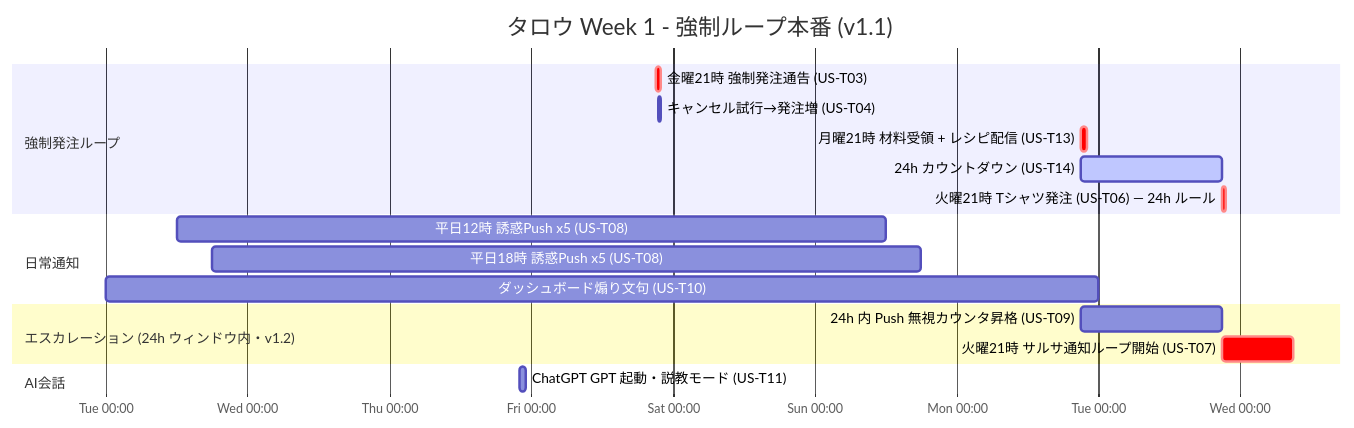
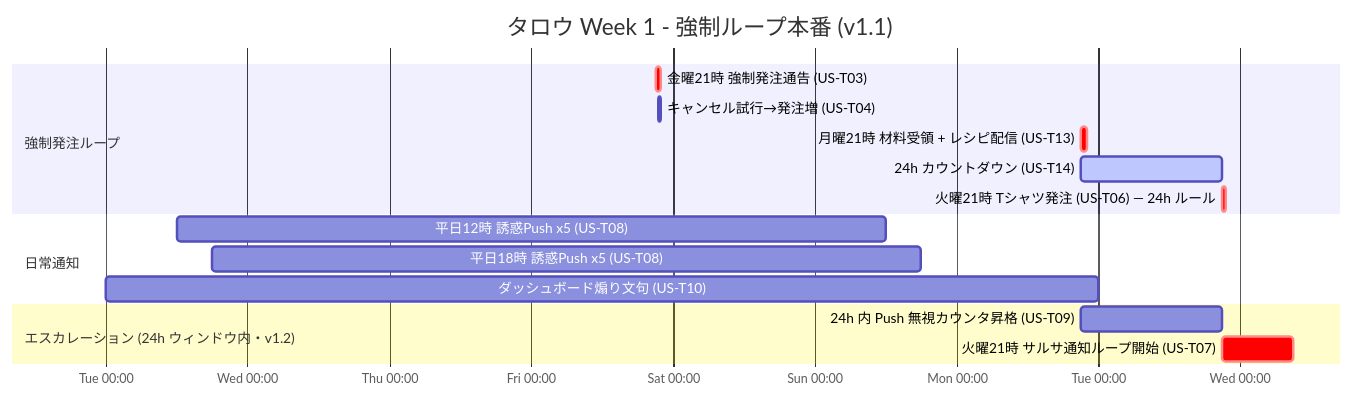
Before and after one commit to salsa-panda/tako-tues: the second of 3 diagrams in aidlc-docs/inception/user-stories/story-board.md, drawn with Mermaid. The commit also changed other lines of this file and 19 other files, not shown here.

First line of the commit message:
FR-6.3 ChatGPT カスタム GPT スコープを全ドキュメントから削除

````diff
--- a/aidlc-docs/inception/user-stories/story-board.md
+++ b/aidlc-docs/inception/user-stories/story-board.md
@@ -59,25 +60,22 @@
 ```mermaid
 gantt
     title タロウ Week 1 - 強制ループ本番 (v1.1)
     dateFormat YYYY-MM-DD HH:mm
     axisFormat %a %H:%M
 
     section 強制発注ループ
     金曜21時 強制発注通告 (US-T03)                :crit, w1a, 2026-05-15 21:00, 1h
     キャンセル試行→発注増 (US-T04)               :w1b, 2026-05-15 21:30, 30m
     月曜21時 材料受領 + レシピ配信 (US-T13)        :crit, w1c, 2026-05-18 21:00, 1h
     24h カウントダウン (US-T14)                   :active, w1c2, 2026-05-18 21:00, 24h
     火曜21時 Tシャツ発注 (US-T06) — 24h ルール    :crit, w1d, 2026-05-19 21:00, 30m
 
     section 日常通知
     平日12時 誘惑Push x5 (US-T08)                 :w1e, 2026-05-12 12:00, 5d
     平日18時 誘惑Push x5 (US-T08)                 :w1f, 2026-05-12 18:00, 5d
     ダッシュボード煽り文句 (US-T10)               :w1g, 2026-05-12, 7d
 
     section エスカレーション (24h ウィンドウ内・v1.2)
     24h 内 Push 無視カウンタ昇格 (US-T09)         :w1i, 2026-05-18 21:00, 24h
     火曜21時 サルサ通知ループ開始 (US-T07)         :crit, w1h, 2026-05-19 21:00, 12h
-
-    section AI会話
-    ChatGPT GPT 起動・説教モード (US-T11)         :w1j, 2026-05-14 22:00, 1h
 ```
````
